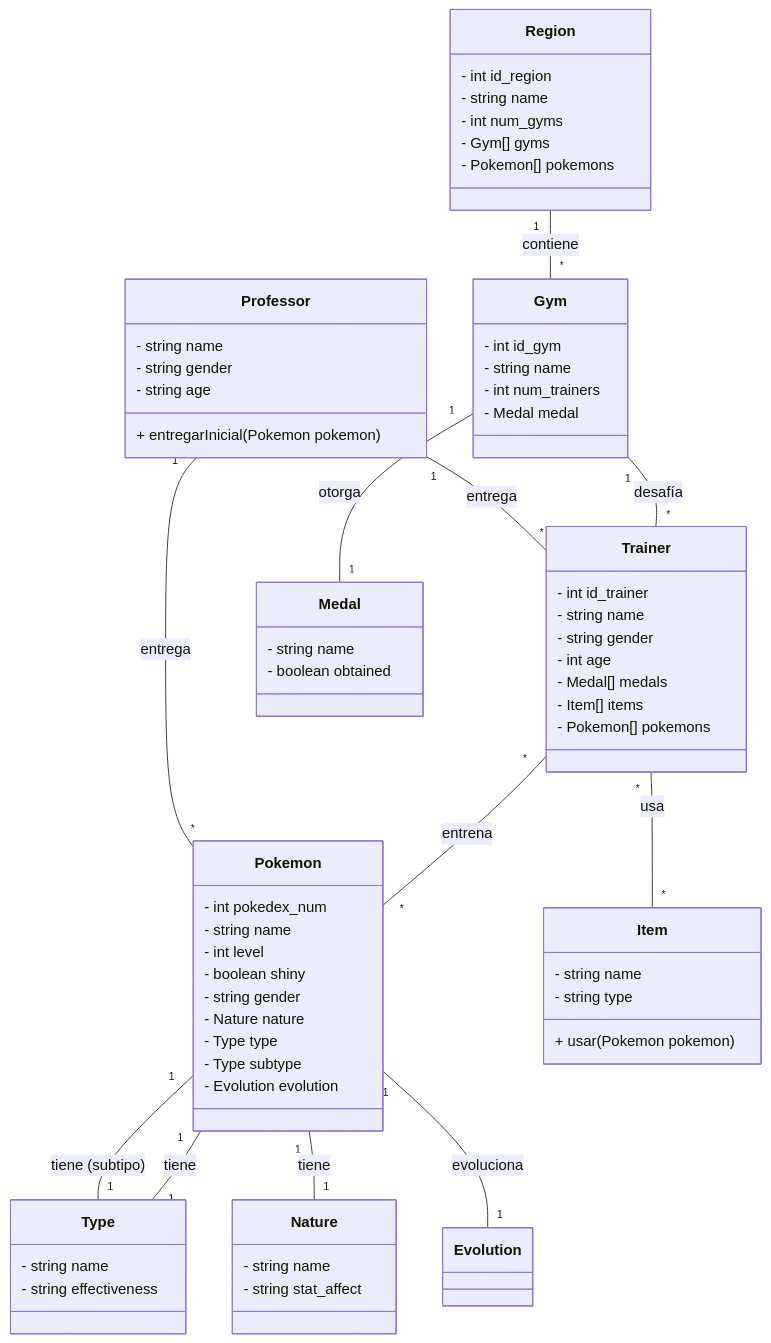
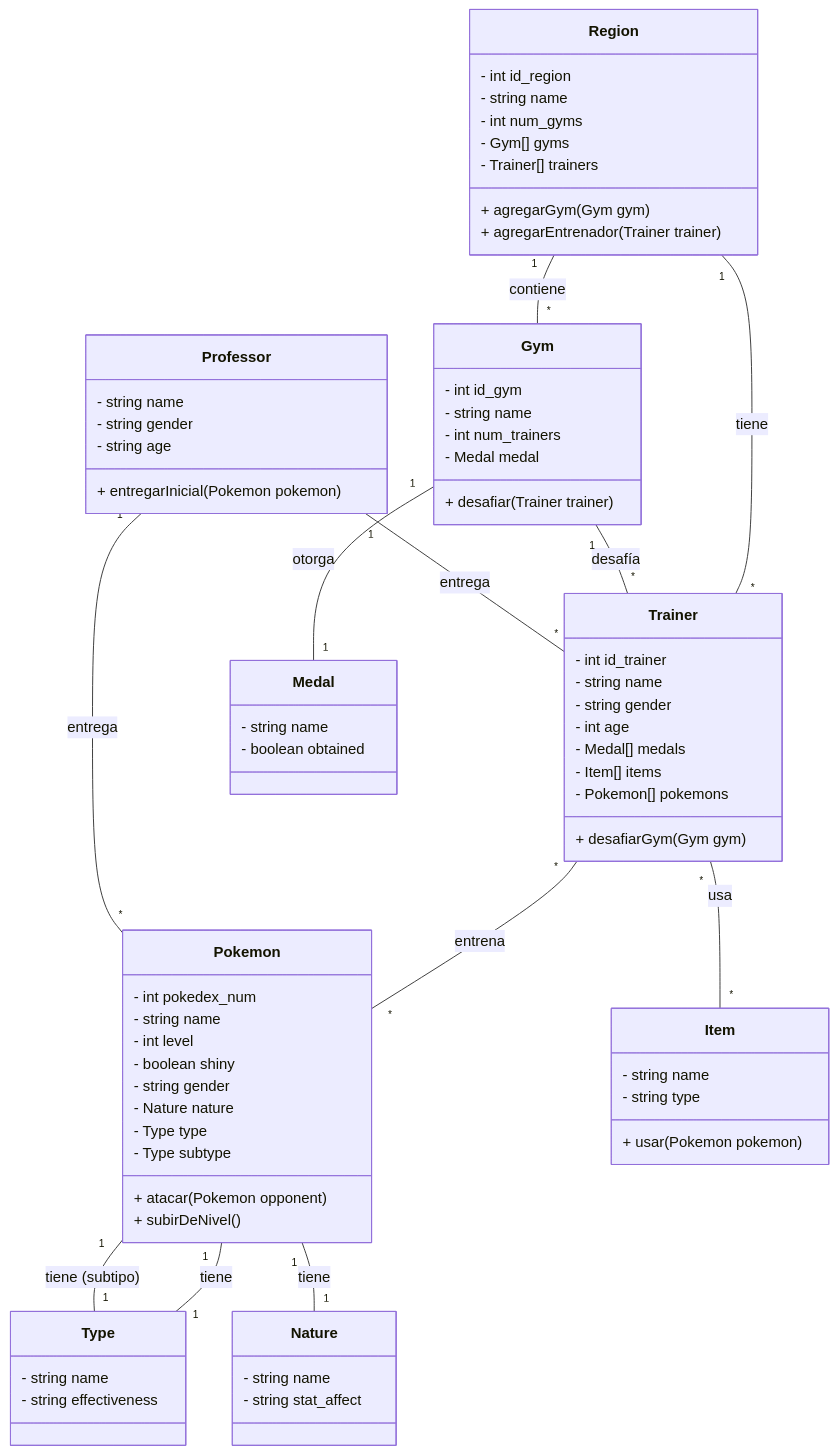
One commit to abelbm02/Abel-1DAW changed the diagram in Entornos/umlpokedev.md. Above: the diagram before and after it, drawn with Mermaid. The commit also changed other lines of this file, not shown here.

```diff
--- a/Entornos/umlpokedev.md
+++ b/Entornos/umlpokedev.md
@@ -6,7 +6,9 @@
         - string name
         - int num_gyms
         - Gym[] gyms
-        - Pokemon[] pokemons
+        - Trainer[] trainers
+        + agregarGym(Gym gym)
+        + agregarEntrenador(Trainer trainer)
     }
 
     class Gym {
@@ -14,6 +16,7 @@
         - string name
         - int num_trainers
         - Medal medal
+        + desafiar(Trainer trainer)
     }
 
     class Pokemon {
@@ -25,7 +28,8 @@
         - Nature nature
         - Type type
         - Type subtype
-        - Evolution evolution
+        + atacar(Pokemon opponent)
+        + subirDeNivel()
     }
 
     class Trainer {
@@ -36,6 +40,7 @@
         - Medal[] medals
         - Item[] items
         - Pokemon[] pokemons
+        + desafiarGym(Gym gym)
     }
 
     class Professor {
@@ -67,6 +72,7 @@
     }
 
     Region "1" -- "*" Gym : contiene
+    Region "1" -- "*" Trainer : tiene
     Gym "1" -- "*" Trainer : desafía
     Gym "1" -- "1" Medal : otorga
     Trainer "*" -- "*" Pokemon : entrena
@@ -74,7 +80,6 @@
     Pokemon "1" -- "1" Type : tiene
     Pokemon "1" -- "1" Type : tiene (subtipo)
     Pokemon "1" -- "1" Nature : tiene
-    Pokemon "1" -- "1" Evolution : evoluciona
     Professor "1" -- "*" Trainer : entrega
     Professor "1" -- "*" Pokemon : entrega
 
```
